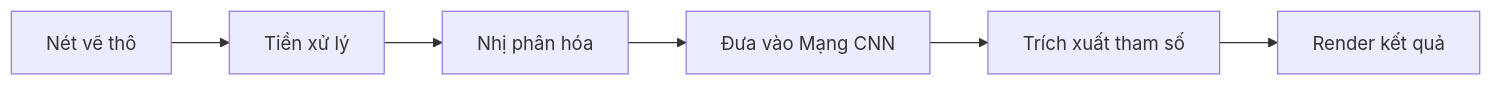
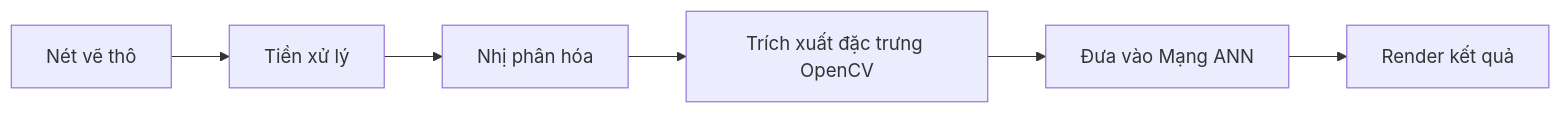
Before and after one commit to DevOpsLogistics/Final_ShapeVision: the first of 4 diagrams in README.md, drawn with Mermaid. The commit also changed other lines of this file, not shown here.

````diff
--- a/README.md
+++ b/README.md
@@ -62,8 +65,8 @@
 ```mermaid
 flowchart LR
     A[Nét vẽ thô] --> B[Tiền xử lý]
     B --> C[Nhị phân hóa]
-    C --> D[Đưa vào Mạng CNN]
-    D --> E[Trích xuất tham số]
+    C --> D[Trích xuất đặc trưng OpenCV]
+    D --> E[Đưa vào Mạng ANN]
     E --> F[Render kết quả]
 ```
````
